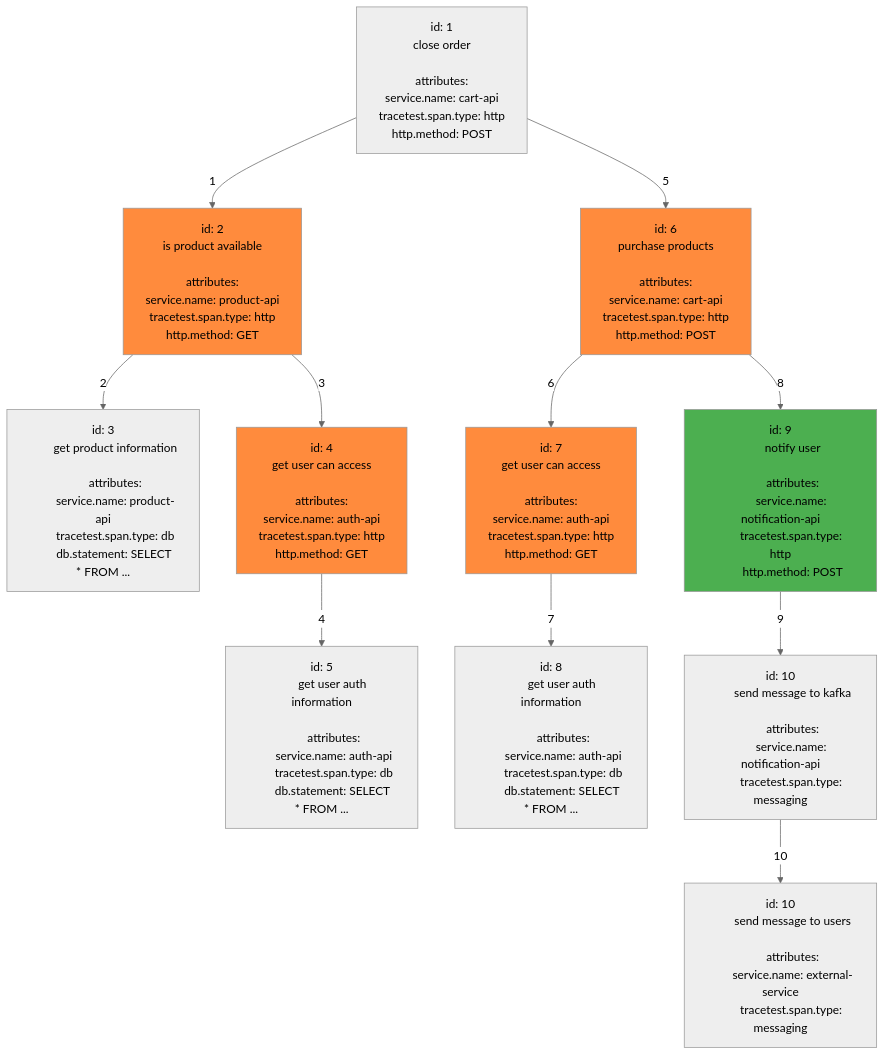
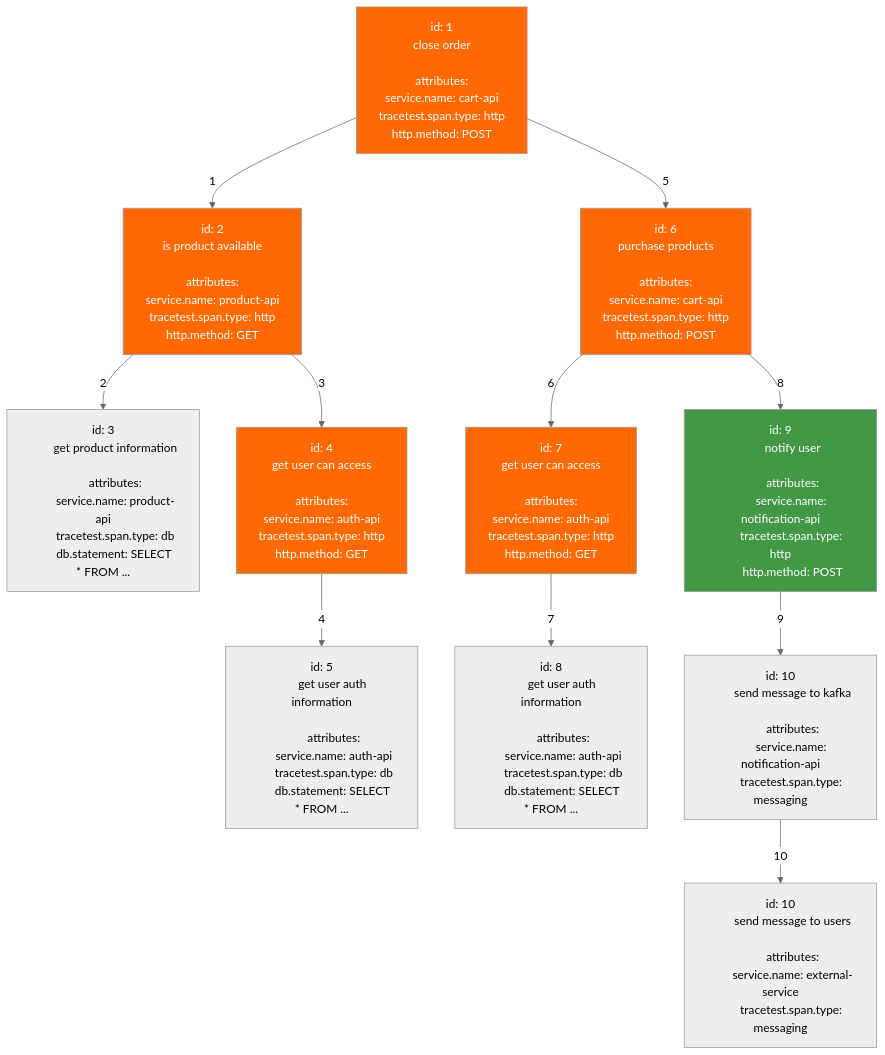
One commit to kubeshop/tracetest changed the ninth of 12 diagrams in docs/advanced-selectors.md. Above: the diagram before and after it, drawn with Mermaid (neutral theme). The commit also changed other lines of this file, not shown here.

````diff
--- a/docs/advanced-selectors.md
+++ b/docs/advanced-selectors.md
@@ -984,13 +989,13 @@
     I -->|9| J
     J -->|10| K
 
-    A:::cand
+    A:::candidateSpan
     B:::candidateSpan
     D:::candidateSpan
     F:::candidateSpan
     G:::candidateSpan
     I:::selectedSpan
 
-    classDef selectedSpan fill:#4CAF50
-    classDef candidateSpan fill:#FF8B3D
+    classDef selectedSpan fill:#439846, color:#ffffff
+    classDef candidateSpan fill:#FF6905, color:#ffffff
 ```
````
